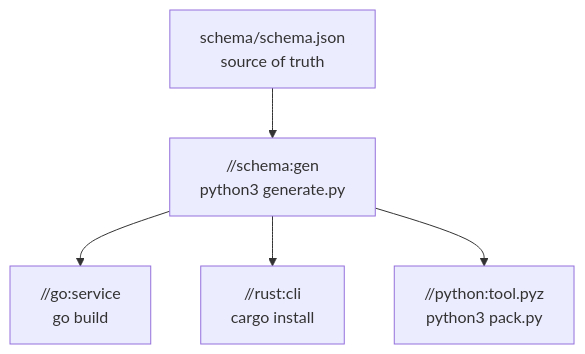
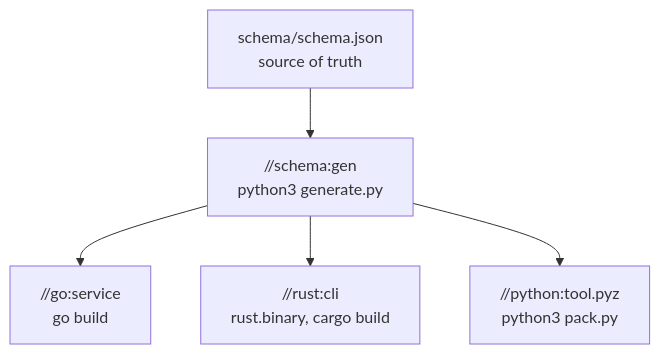
The diagram in book/src/ch05-02-early-cutoff.md (airsstack/buildl), drawn with Mermaid before and after one commit. The commit also changed other lines of this file and 7 other files, not shown here.

````diff
--- a/book/src/ch05-02-early-cutoff.md
+++ b/book/src/ch05-02-early-cutoff.md
@@ -14,8 +14,8 @@
 ```mermaid
 %% Polyglot workspace — edit ripple analysis
 graph TD
     SCHEMA["schema/schema.json<br/>source of truth"] --> GEN["//schema:gen<br/>python3 generate.py"]
     GEN --> GO["//go:service<br/>go build"]
-    GEN --> RS["//rust:cli<br/>cargo install"]
+    GEN --> RS["//rust:cli<br/>rust.binary, cargo build"]
     GEN --> PY["//python:tool.pyz<br/>python3 pack.py"]
 ```
````
